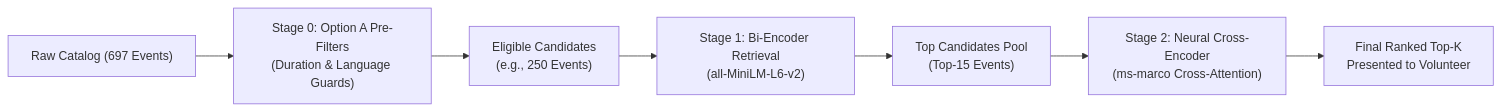
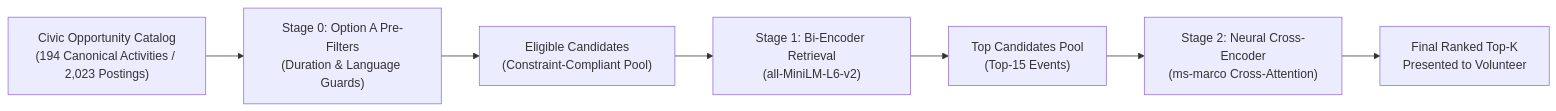
One commit to Bob8259/CSIT-5210-Group-Project changed the first of 4 diagrams in CSIT5210_Group1_Final_Report.md. Above: the diagram before and after it, drawn with Mermaid. The commit also changed other lines of this file, not shown here.

Commit message:
Update final report dataset and catalog metrics to 2,023 session postings and 194 canonical activities across 53 NGOs without modifying frozen test evaluation results

````diff
--- a/CSIT5210_Group1_Final_Report.md
+++ b/CSIT5210_Group1_Final_Report.md
@@ -106,9 +106,9 @@
 ```mermaid
 flowchart LR
-    A["Raw Catalog (697 Events)"] --> B["Stage 0: Option A Pre-Filters<br/>(Duration & Language Guards)"]
-    B --> C["Eligible Candidates<br/>(e.g., 250 Events)"]
+    A["Civic Opportunity Catalog<br/>(194 Canonical Activities / 2,023 Postings)"] --> B["Stage 0: Option A Pre-Filters<br/>(Duration & Language Guards)"]
+    B --> C["Eligible Candidates<br/>(Constraint-Compliant Pool)"]
     C --> D["Stage 1: Bi-Encoder Retrieval<br/>(all-MiniLM-L6-v2)"]
     D --> E["Top Candidates Pool<br/>(Top-15 Events)"]
     E --> F["Stage 2: Neural Cross-Encoder<br/>(ms-marco Cross-Attention)"]
     F --> G["Final Ranked Top-K<br/>Presented to Volunteer"]
 ```
````
